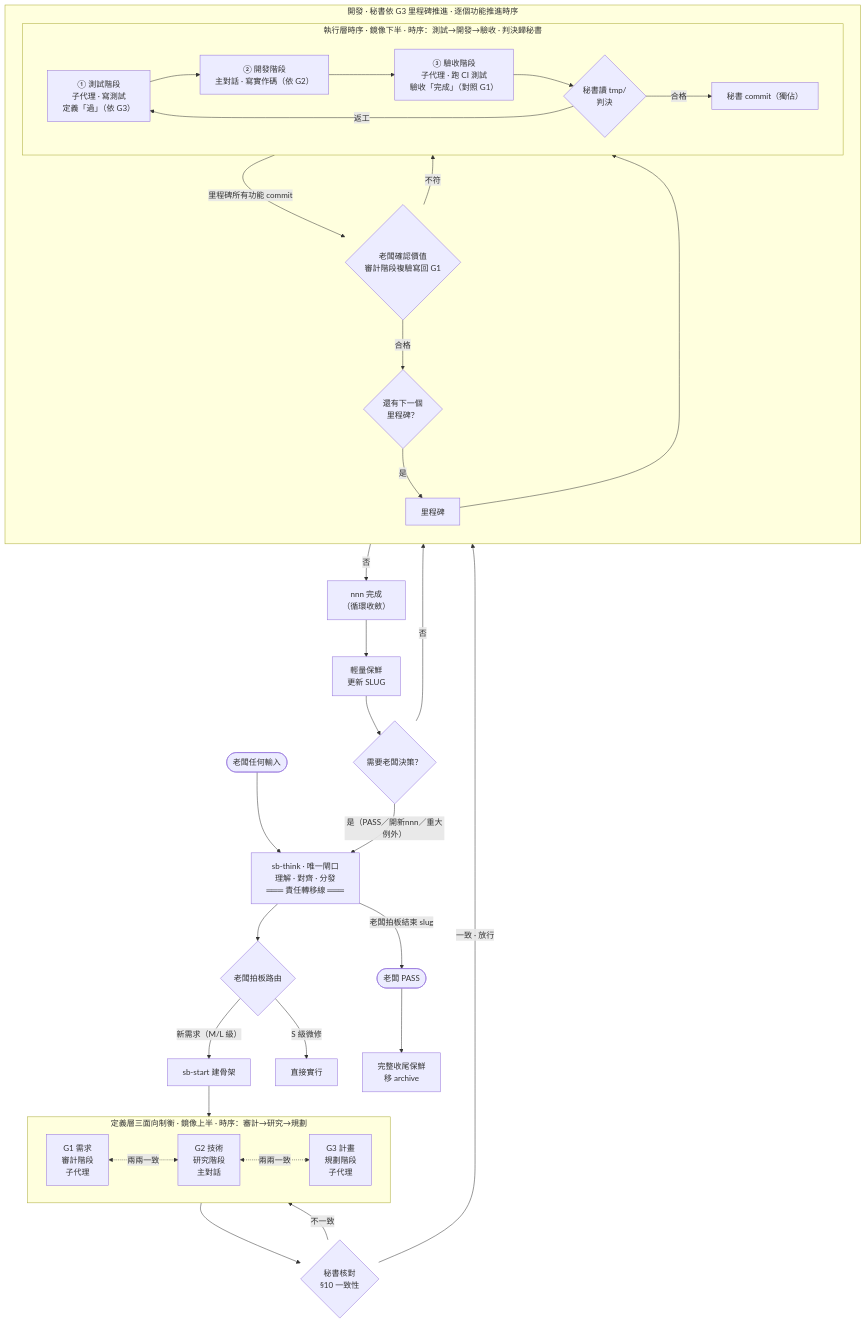
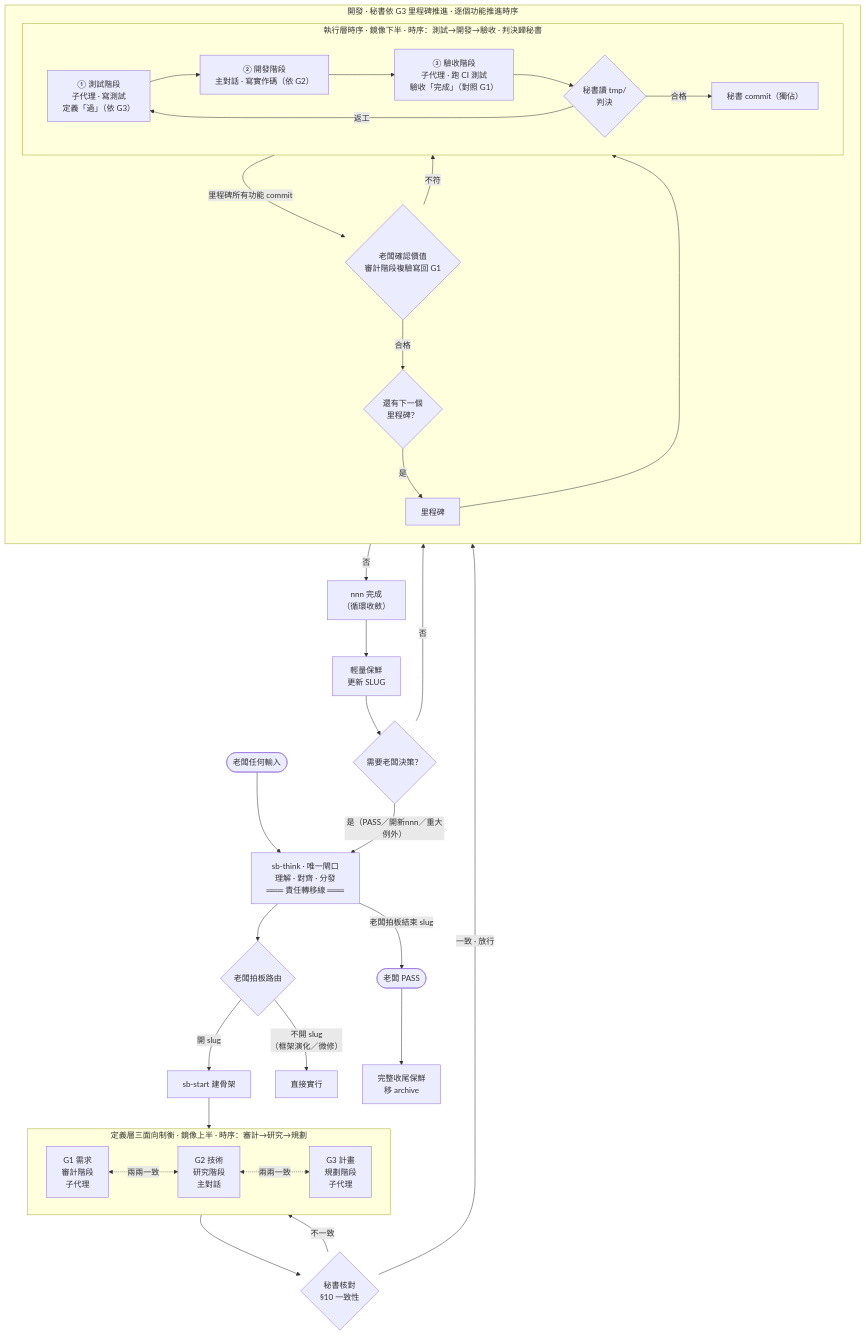
Before and after one commit to teps3105/shiftblame: the first of 2 diagrams in README.md, drawn with Mermaid. The commit also changed other lines of this file and 7 other files, not shown here.

````diff
--- a/README.md
+++ b/README.md
@@ -46,42 +46,42 @@
 ```mermaid
 flowchart TD
     Boss([老闆任何輸入]) --> Think["sb-think · 唯一閘口<br/>理解 · 對齊 · 分發<br/>═══ 責任轉移線 ═══"]
     Think --> Route{老闆拍板路由}
-    Route -- "新需求（M/L 級）" --> Start["sb-start 建骨架"] --> Check
-    Route -- "S 級微修" --> Direct["直接實行"]
+    Route -- "開 slug" --> Start["sb-start 建骨架"] --> Check
+    Route -- "不開 slug<br/>（框架演化／微修）" --> Direct["直接實行"]
 
     subgraph Check["定義層三面向制衡 · 鏡像上半 · 時序：審計→研究→規劃"]
         direction LR
         G1["G1 需求<br/>審計階段<br/>子代理"] <-.兩兩一致.-> G2["G2 技術<br/>研究階段<br/>主對話"]
         G2 <-.兩兩一致.-> G3["G3 計畫<br/>規劃階段<br/>子代理"]
     end
 
     Check --> Consist{秘書核對<br/>§10 一致性}
     Consist -- 不一致 --> Check
     Consist -- 一致 · 放行 --> Dev
 
     subgraph Dev["開發 · 秘書依 G3 里程碑推進 · 逐個功能推進時序"]
         direction TB
         MS["里程碑"] --> Loop
         subgraph Loop["執行層時序 · 鏡像下半 · 時序：測試→開發→驗收 · 判決歸秘書"]
             direction LR
             T["① 測試階段<br/>子代理 · 寫測試<br/>定義「過」（依 G3）"] --> D["② 開發階段<br/>主對話 · 寫實作碼（依 G2）"]
             D --> A["③ 驗收階段<br/>子代理 · 跑 CI 測試<br/>驗收「完成」（對照 G1）"]
             A --> Judge{秘書讀 tmp/<br/>判決}
             Judge -- 合格 --> Commit["秘書 commit（獨佔）"]
             Judge -- 返工 --> T
         end
         Loop -- 里程碑所有功能 commit --> MA{"老闆確認價值<br/>審計階段複驗寫回 G1"}
         MA -- 不符 --> Loop
         MA -- 合格 --> Next{還有下一個<br/>里程碑？}
         Next -- 是 --> MS
     end
 
     Next -- 否 --> NnnDone["nnn 完成<br/>（循環收斂）"]
     NnnDone --> LightFresh["輕量保鮮<br/>更新 SLUG"]
     LightFresh --> Decide{"需要老闆決策？"}
     Decide -- 是（PASS／開新nnn／重大例外） --> Think
     Decide -- 否 --> Dev
     Think -- 老闆拍板結束 slug --> Pass([老闆 PASS])
     Pass --> FullFresh["完整收尾保鮮<br/>移 archive"]
 ```
````
